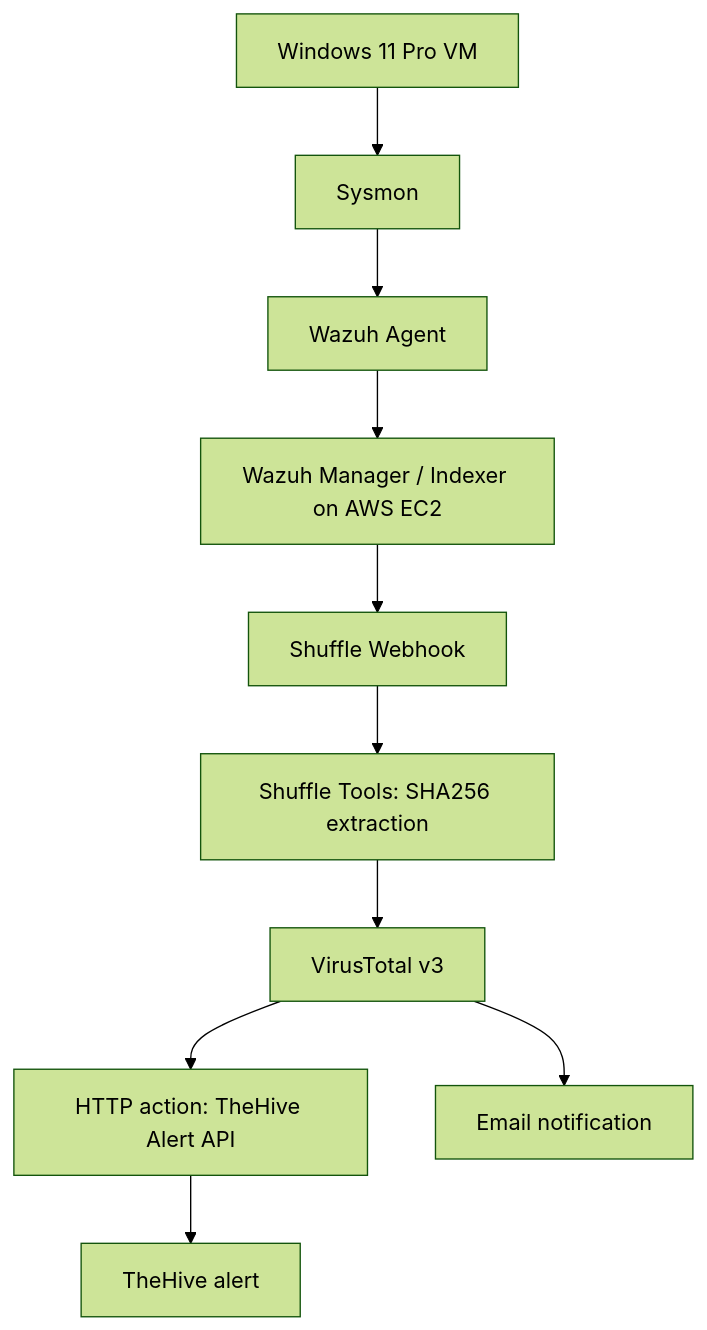
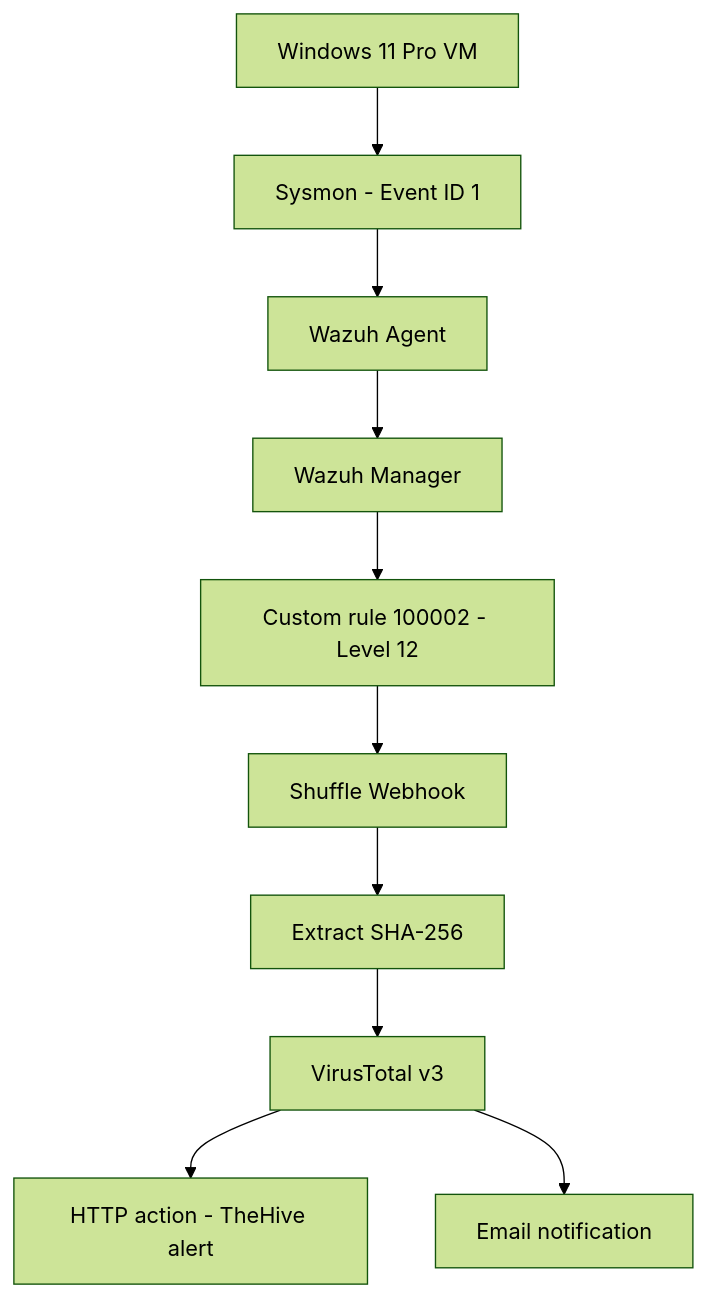
Before and after one commit to aryazz-labs/SOC-Automation-Lab-AWS: the diagram in README.md, drawn with Mermaid (forest theme). The commit also changed other lines of this file, not shown here.

````diff
--- a/README.md
+++ b/README.md
@@ -25,12 +37,12 @@
 ```mermaid
 flowchart TD
-  A[Windows 11 Pro VM] --> B[Sysmon]
-  B --> C[Wazuh Agent]
-  C --> D[Wazuh Manager / Indexer on AWS EC2]
-  D --> E[Shuffle Webhook]
-  E --> F[Shuffle Tools: SHA256 extraction]
-  F --> G[VirusTotal v3]
-  G --> H[HTTP action: TheHive Alert API]
-  G --> I[Email notification]
-  H --> J[TheHive alert]
+  A["Windows 11 Pro VM"] --> B["Sysmon - Event ID 1"]
+  B --> C["Wazuh Agent"]
+  C --> D["Wazuh Manager"]
+  D --> E["Custom rule 100002 - Level 12"]
+  E --> F["Shuffle Webhook"]
+  F --> G["Extract SHA-256"]
+  G --> H["VirusTotal v3"]
+  H --> I["HTTP action - TheHive alert"]
+  H --> J["Email notification"]
 ```
````
